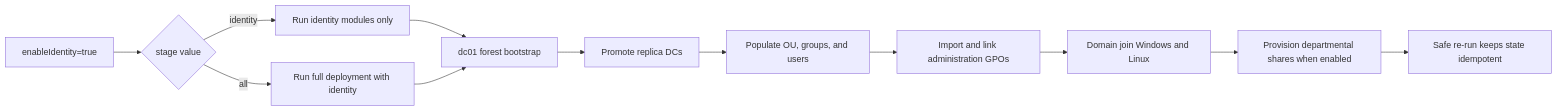
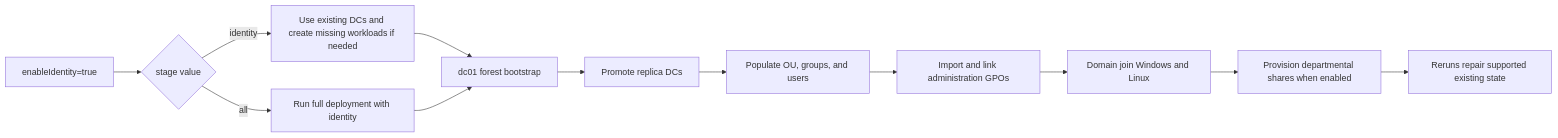
One commit to andriesdutoit-svg/azure-multiregion-lab changed the diagram in docs/identity-and-domain-join.md. Above: the diagram before and after it, drawn with Mermaid. The commit also changed other lines of this file and 48 other files, not shown here.

````diff
--- a/docs/identity-and-domain-join.md
+++ b/docs/identity-and-domain-join.md
@@ -25,14 +34,14 @@
 ```mermaid
 flowchart LR
   A[enableIdentity=true] --> B{stage value}
-  B -->|identity| C[Run identity modules only]
+        B -->|identity| C[Use existing DCs and create missing workloads if needed]
   B -->|all| D[Run full deployment with identity]
   C --> E[dc01 forest bootstrap]
   D --> E
   E --> F[Promote replica DCs]
   F --> G[Populate OU, groups, and users]
   G --> K[Import and link administration GPOs]
   K --> H[Domain join Windows and Linux]
         H --> I[Provision departmental shares when enabled]
-        I --> J[Safe re-run keeps state idempotent]
+        I --> J[Reruns repair supported existing state]
 ```
````
